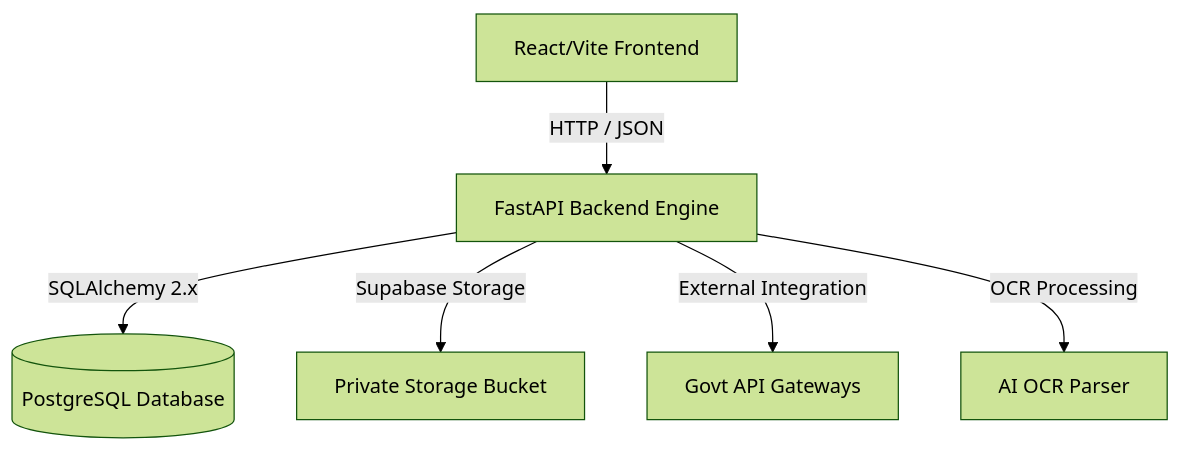
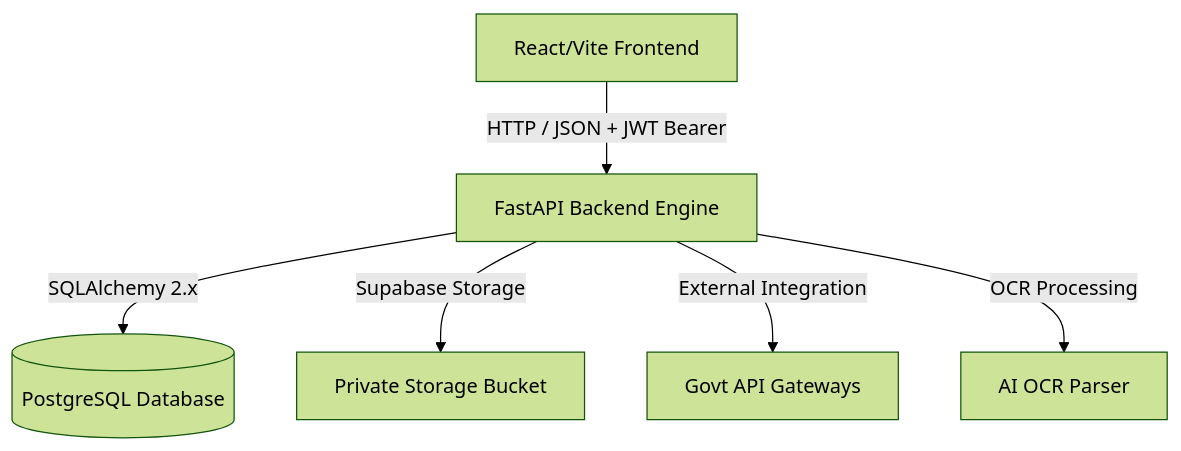
Before and after one commit to Yogeshsingh123-LAB/-AI-Powered-Integrated-Bid-Compliance-Verification-Platform-for-GeM-Procurement: the diagram in brain.md, drawn with Mermaid (forest theme). The commit also changed other lines of this file and 4 other files, not shown here.

````diff
--- a/brain.md
+++ b/brain.md
@@ -14,8 +14,8 @@
 ```mermaid
 graph TD
-    A[React/Vite Frontend] -- HTTP / JSON --> B[FastAPI Backend Engine]
+    A[React/Vite Frontend] -- HTTP / JSON + JWT Bearer --> B[FastAPI Backend Engine]
     B -- SQLAlchemy 2.x --> C[(PostgreSQL Database)]
     B -- Supabase Storage --> D[Private Storage Bucket]
     B -- External Integration --> E[Govt API Gateways]
     B -- OCR Processing --> F[AI OCR Parser]
 ```
````
